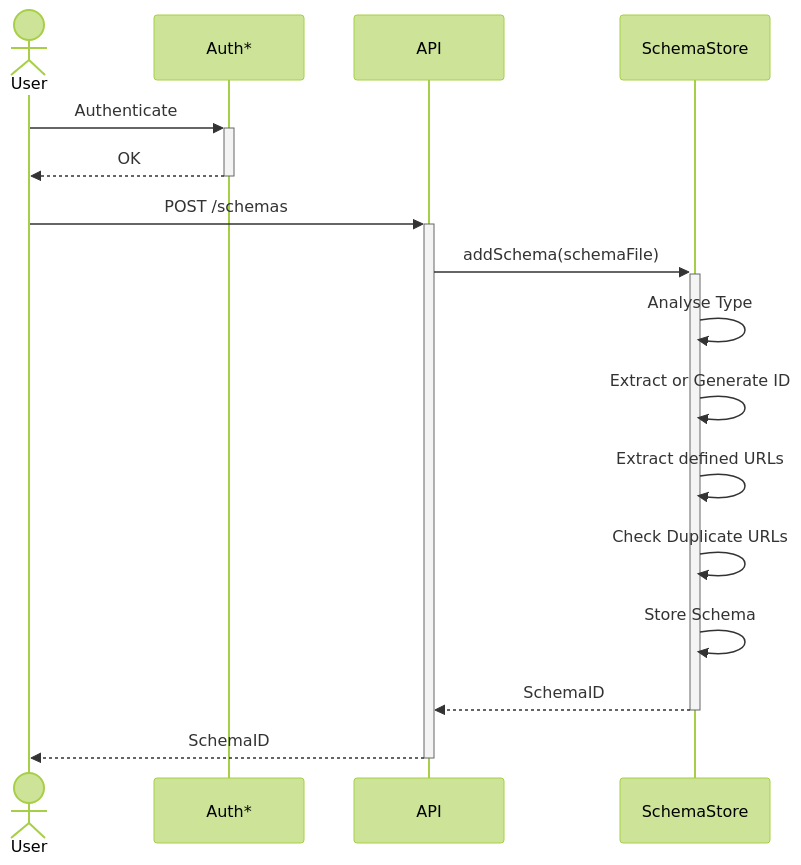
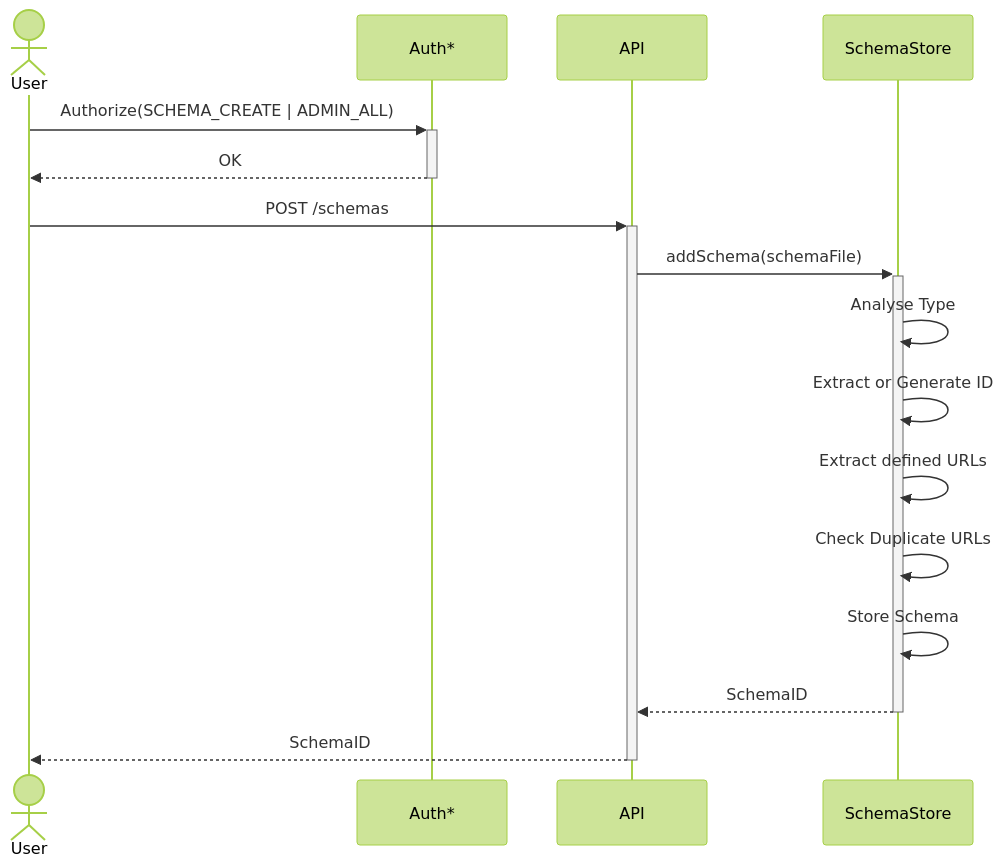
Before and after one commit to federated-catalogue-enhancements-2026/docs: diagram 24 of 34 in federated-catalogue/src/docs/architecture/chapters/06_runtime_view.adoc, drawn with Mermaid (forest theme). The commit also changed other lines of this file and 2 other files, not shown here.

```diff
--- a/federated-catalogue/src/docs/architecture/chapters/06_runtime_view.adoc
+++ b/federated-catalogue/src/docs/architecture/chapters/06_runtime_view.adoc
@@ -747,19 +771,19 @@
 [mermaid, width=2000]
 ....
 sequenceDiagram
     actor User
     participant Auth as Auth*
     participant API
     participant SchemaStore
-    User ->> + Auth:Authenticate
+    User ->> + Auth:Authorize(SCHEMA_CREATE | ADMIN_ALL)
     Auth -->> - User:OK
     User ->> + API:POST /schemas
     API ->> + SchemaStore:addSchema(schemaFile)
     SchemaStore ->> SchemaStore:Analyse Type
     SchemaStore ->> SchemaStore:Extract or Generate ID
     SchemaStore ->> SchemaStore:Extract defined URLs
     SchemaStore ->> SchemaStore:Check Duplicate URLs
     SchemaStore ->> SchemaStore:Store Schema
     SchemaStore -->> - API:SchemaID
     API -->> - User:SchemaID
 ....
```
